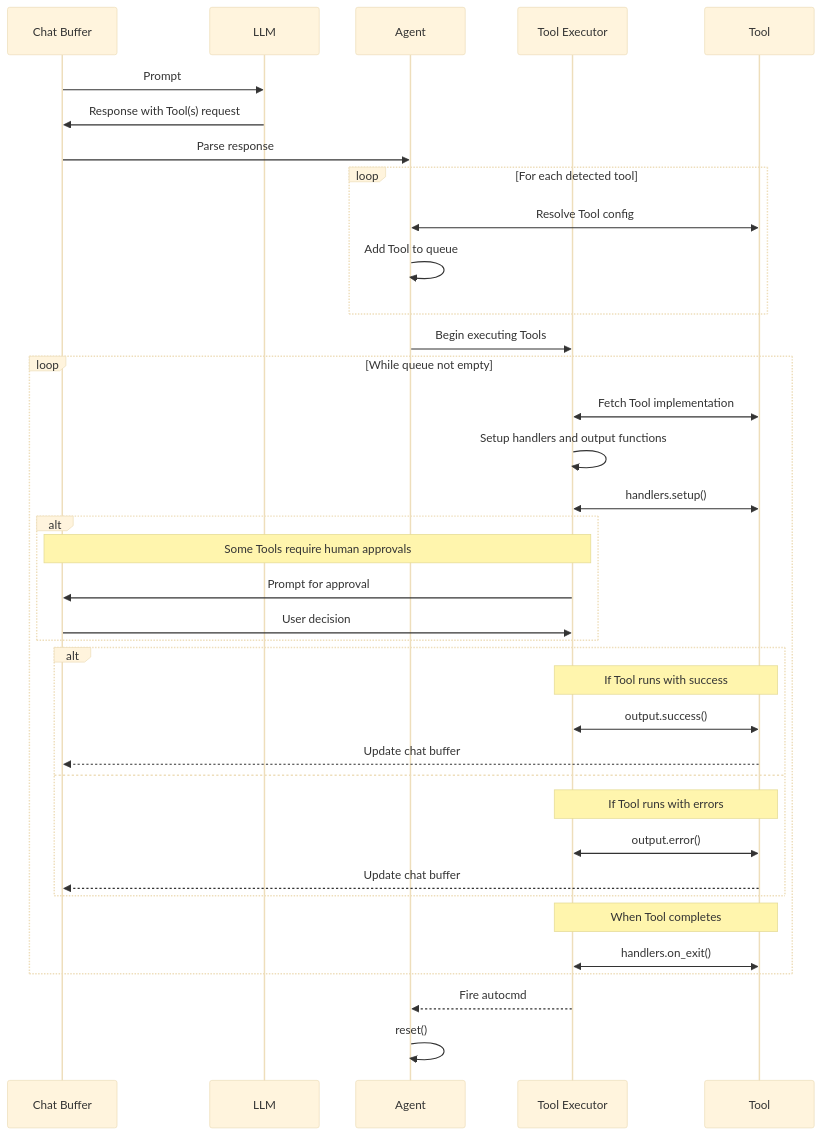
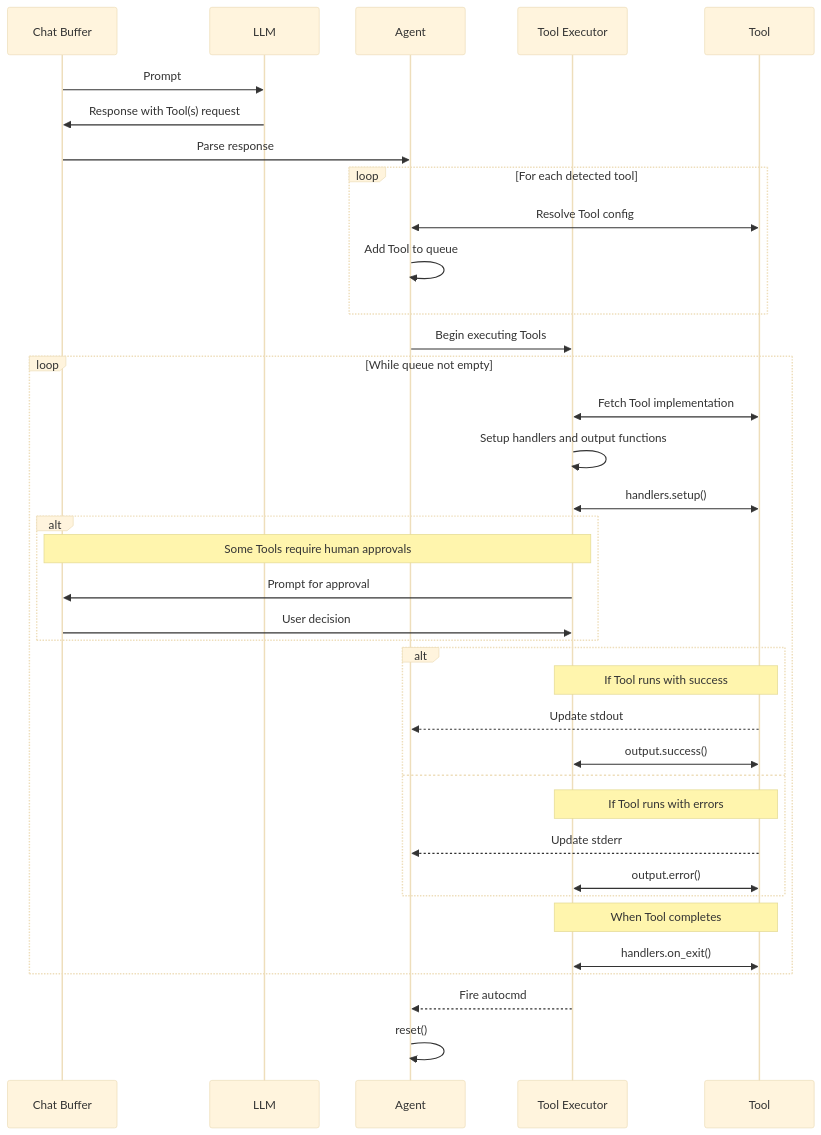
The diagram in doc/extending/tools.md (olimorris/codecompanion.nvim), drawn with Mermaid (base theme) before and after one commit. The commit also changed other lines of this file and 2 other files, not shown here.

````diff
--- a/doc/extending/tools.md
+++ b/doc/extending/tools.md
@@ -15,51 +11,51 @@
 ```mermaid
 sequenceDiagram
     participant C as Chat Buffer
     participant L as LLM
     participant A as Agent
     participant E as Tool Executor
     participant T as Tool
 
     C->>L: Prompt
     L->>C: Response with Tool(s) request
 
     C->>A: Parse response
 
     loop For each detected tool
         A<<->>T: Resolve Tool config
         A->>A: Add Tool to queue
     end
 
     A->>E: Begin executing Tools
 
     loop While queue not empty
         E<<->>T: Fetch Tool implementation
 
         E->>E: Setup handlers and output functions
         T<<->>E: handlers.setup()
 
         alt
         Note over C,E: Some Tools require human approvals
             E->>C: Prompt for approval
             C->>E: User decision
         end
 
 
         alt
         Note over E,T: If Tool runs with success
+            T-->>A: Update stdout
             E<<->>T: output.success()
-            T-->>C: Update chat buffer
         else
         Note over E,T: If Tool runs with errors
+            T-->>A: Update stderr
             E<<->>T: output.error()
-            T-->>C: Update chat buffer
         end
 
         Note over E,T: When Tool completes
         E<<->>T: handlers.on_exit()
     end
 
     E-->>A: Fire autocmd
 
     A->>A: reset()
 ```
````
